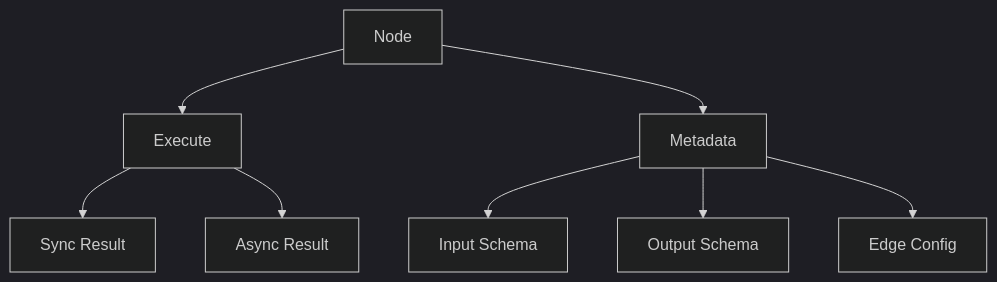
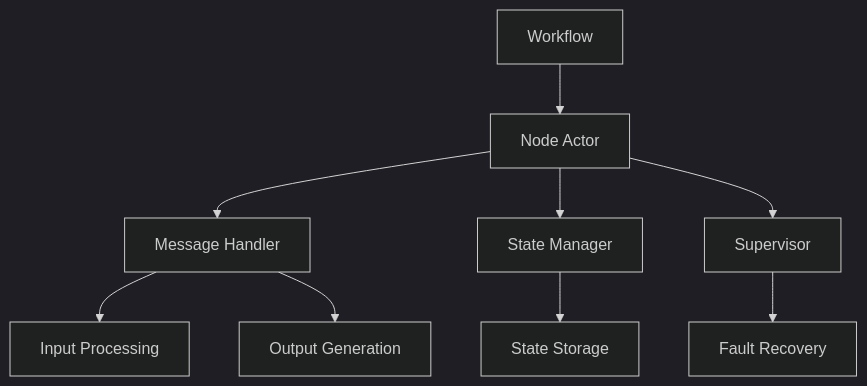
The diagram in README.md (open-source-cloud/fuse), drawn with Mermaid (dark theme) before and after one commit. The commit also changed other lines of this file, not shown here.

````diff
--- a/README.md
+++ b/README.md
@@ -43,10 +47,11 @@
 ```mermaid
 graph TD
-    A[Node] --> B[Execute]
-    B --> C[Sync Result]
-    B --> D[Async Result]
-    A --> E[Metadata]
-    E --> F[Input Schema]
-    E --> G[Output Schema]
-    E --> H[Edge Config]
+    A[Workflow] --> B[Node Actor]
+    B --> C[Message Handler]
+    B --> D[State Manager]
+    B --> E[Supervisor]
+    C --> F[Input Processing]
+    C --> G[Output Generation]
+    D --> H[State Storage]
+    E --> I[Fault Recovery]
 ```
````
